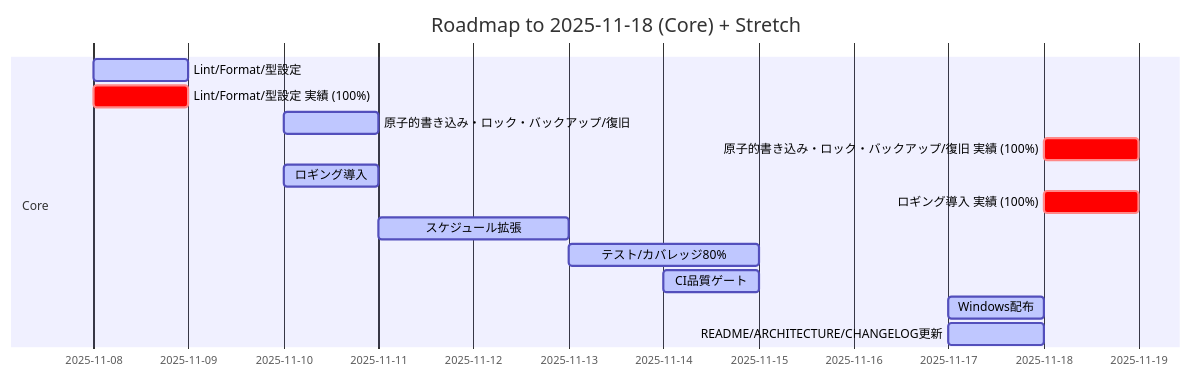
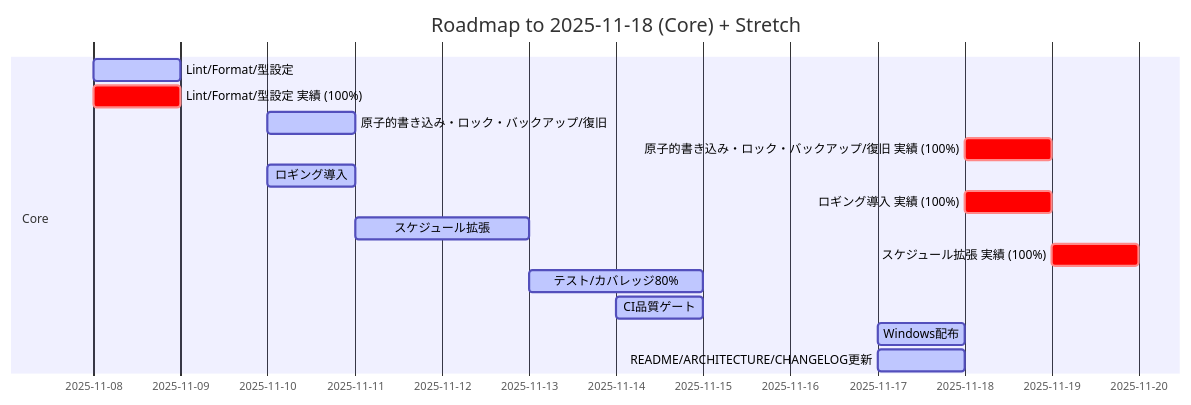
The diagram in docs/ROADMAP.md (takenet193/task-reminder-tool), drawn with Mermaid before and after one commit. The commit also changed other lines of this file and 5 other files, not shown here.

````diff
--- a/docs/ROADMAP.md
+++ b/docs/ROADMAP.md
@@ -37,25 +37,26 @@
 ```mermaid
 gantt
   dateFormat  YYYY-MM-DD
   title Roadmap to 2025-11-18 (Core) + Stretch
   section Core
   Lint/Format/型設定  :active, 2025-11-08, 1.0d
   Lint/Format/型設定 実績 (100%)  :crit, 2025-11-08, 1.0d
   原子的書き込み・ロック・バックアップ/復旧  :active, 2025-11-10, 1.0d
   原子的書き込み・ロック・バックアップ/復旧 実績 (100%)  :crit, 2025-11-18, 1.0d
   ロギング導入  :active, 2025-11-10, 1.0d
   ロギング導入 実績 (100%)  :crit, 2025-11-18, 1.0d
   スケジュール拡張  :active, 2025-11-11, 2.0d
+  スケジュール拡張 実績 (100%)  :crit, 2025-11-19, 1.0d
   テスト/カバレッジ80%  :active, 2025-11-13, 2.0d
   CI品質ゲート  :active, 2025-11-14, 1.0d
   Windows配布  :active, 2025-11-17, 1.0d
   README/ARCHITECTURE/CHANGELOG更新  :active, 2025-11-17, 1.0d
   section Stretch
   %% スケジュールUI (日付未定)
   %% 通知ディスパッチ (日付未定)
   %% Win/Mac表示差異吸収 (日付未定)
   %% macOS配布 (日付未定)
   %% MCP自動化 (日付未定)
   %% デモGIF作成 (日付未定)
   %% アーキ図/通知シーケンス図 (日付未定)
 ```
````
